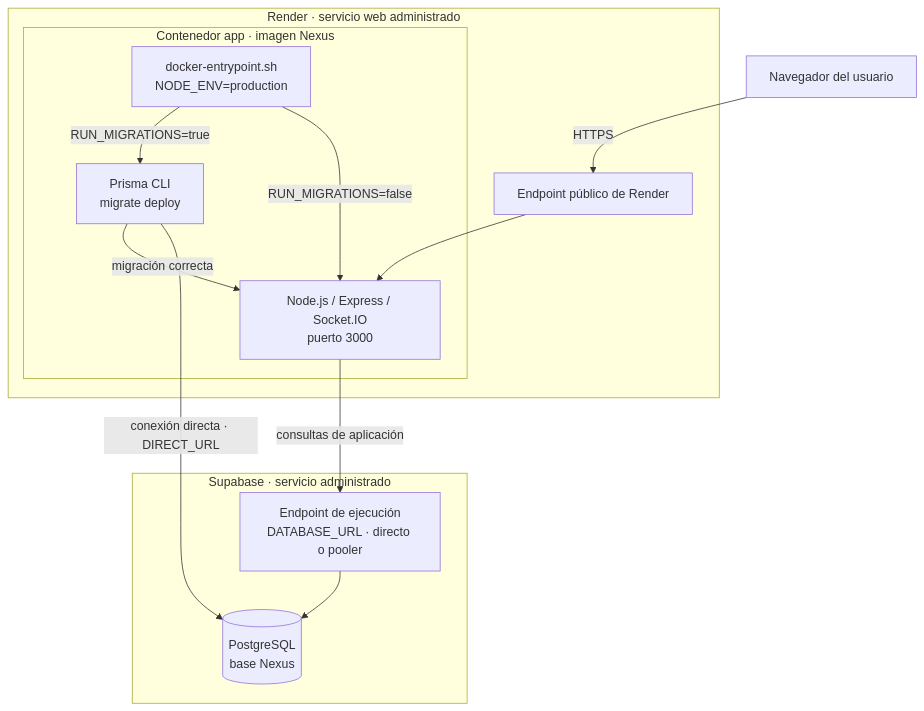
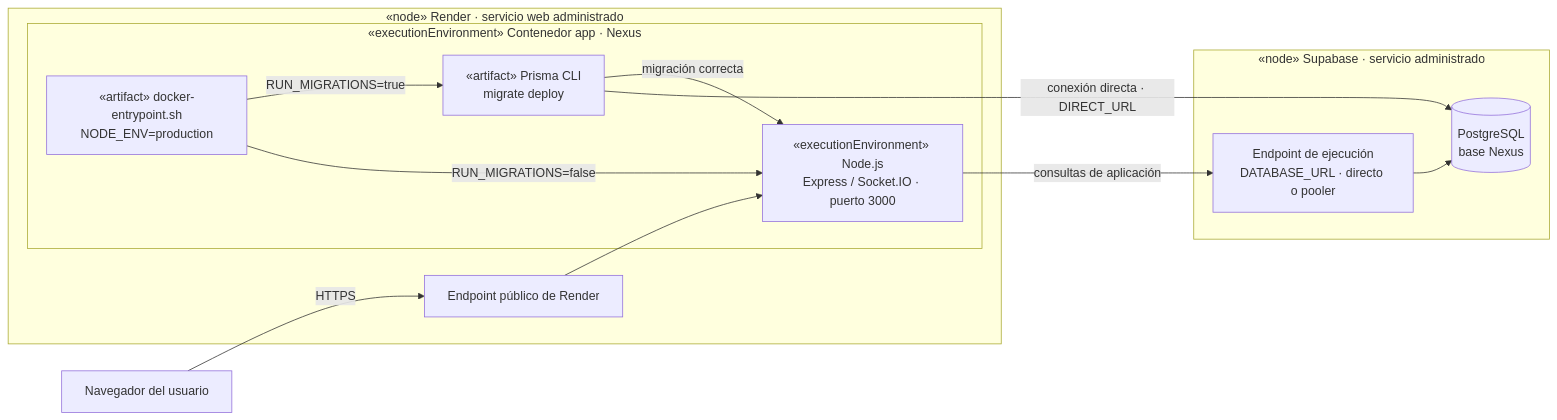
Before and after one commit to gpgsistemas01/nexus: the third of 4 diagrams in docs/architecture/views/physical/01-system-runtime-and-deployment.md, drawn with Mermaid. The commit also changed other lines of this file and 198 other files, not shown here.

Commit message:
docs: mejorar notación UML y distribución de diagramas Mermaid

````diff
--- a/docs/architecture/views/physical/01-system-runtime-and-deployment.md
+++ b/docs/architecture/views/physical/01-system-runtime-and-deployment.md
@@ -73,29 +73,29 @@
 ```mermaid
-flowchart TB
+flowchart LR
     browser["Navegador del usuario"]
 
-    subgraph render["Render · servicio web administrado"]
+    subgraph render["«node» Render · servicio web administrado"]
         publicEndpoint["Endpoint público de Render"]
-        subgraph appContainer["Contenedor app · imagen Nexus"]
-            entrypoint["docker-entrypoint.sh<br/>NODE_ENV=production"]
-            migrations["Prisma CLI<br/>migrate deploy"]
-            nodeApp["Node.js / Express / Socket.IO<br/>puerto 3000"]
+        subgraph appContainer["«executionEnvironment» Contenedor app · Nexus"]
+            entrypoint["«artifact» docker-entrypoint.sh<br/>NODE_ENV=production"]
+            migrations["«artifact» Prisma CLI<br/>migrate deploy"]
+            nodeApp["«executionEnvironment» Node.js<br/>Express / Socket.IO · puerto 3000"]
 
             entrypoint -->|"RUN_MIGRATIONS=true"| migrations
             migrations -->|"migración correcta"| nodeApp
             entrypoint -->|"RUN_MIGRATIONS=false"| nodeApp
         end
 
         publicEndpoint --> nodeApp
     end
 
-    subgraph supabase["Supabase · servicio administrado"]
+    subgraph supabase["«node» Supabase · servicio administrado"]
         runtimeEndpoint["Endpoint de ejecución<br/>DATABASE_URL · directo o pooler"]
         database[("PostgreSQL<br/>base Nexus")]
         runtimeEndpoint --> database
     end
 
     browser -->|"HTTPS"| publicEndpoint
     nodeApp -->|"consultas de aplicación"| runtimeEndpoint
     migrations -->|"conexión directa · DIRECT_URL"| database
 ```
````
